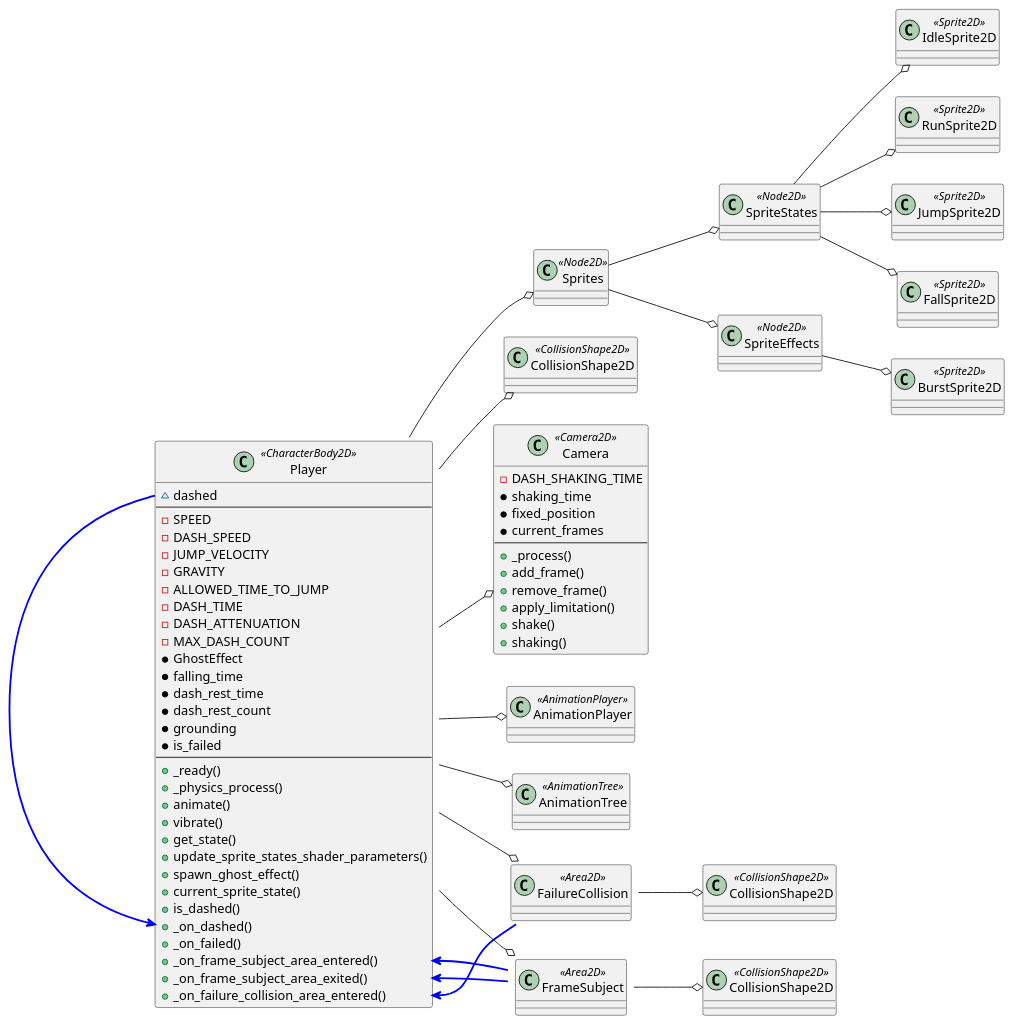
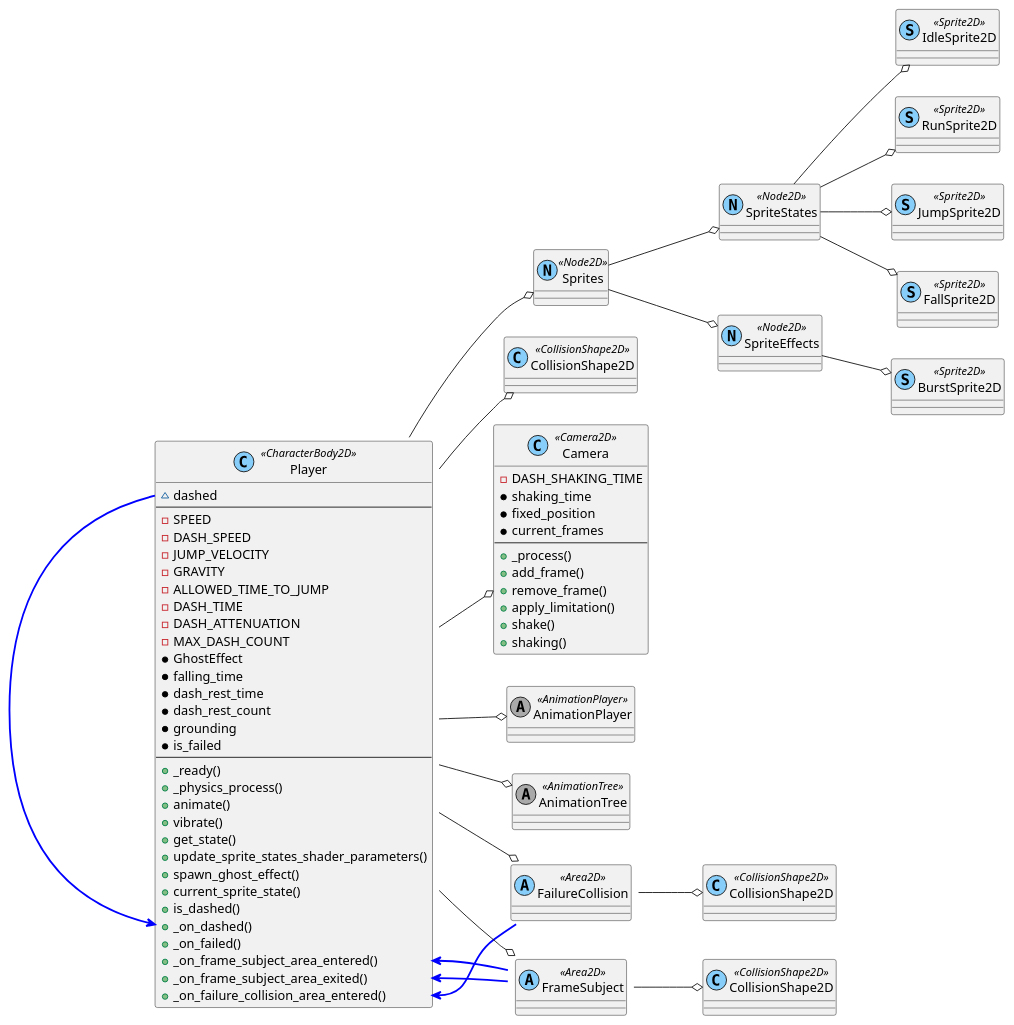
Before and after one commit to tkmfujise/Platformer-Game-Learning: the diagram in content/scenes/src/player/player.tscn.adoc, drawn with PlantUML. The commit also changed 69 other files, not shown here.

Commit message:
Change scene diagram class color

```diff
--- a/content/scenes/src/player/player.tscn.adoc
+++ b/content/scenes/src/player/player.tscn.adoc
@@ -9,6 +9,6 @@
 [plantuml]
 ....
-class ROOT as "Player" <<CharacterBody2D>> {
+class ROOT as "Player" <<(C,lightskyblue) CharacterBody2D>> {
   ~ dashed
 ---
   - SPEED
@@ -41,33 +41,33 @@
   + _on_frame_subject_area_exited()
   + _on_failure_collision_area_entered()
 }
-class Sprites as "Sprites" <<Node2D>> {
+class Sprites as "Sprites" <<(N,lightskyblue) Node2D>> {
 }
-class Sprites_SpriteStates as "SpriteStates" <<Node2D>> {
+class Sprites_SpriteStates as "SpriteStates" <<(N,lightskyblue) Node2D>> {
 }
-class Sprites_SpriteStates_IdleSprite2D as "IdleSprite2D" <<Sprite2D>> {
+class Sprites_SpriteStates_IdleSprite2D as "IdleSprite2D" <<(S,lightskyblue) Sprite2D>> {
 }
-class Sprites_SpriteStates_RunSprite2D as "RunSprite2D" <<Sprite2D>> {
+class Sprites_SpriteStates_RunSprite2D as "RunSprite2D" <<(S,lightskyblue) Sprite2D>> {
 }
-class Sprites_SpriteStates_JumpSprite2D as "JumpSprite2D" <<Sprite2D>> {
+class Sprites_SpriteStates_JumpSprite2D as "JumpSprite2D" <<(S,lightskyblue) Sprite2D>> {
 }
-class Sprites_SpriteStates_FallSprite2D as "FallSprite2D" <<Sprite2D>> {
+class Sprites_SpriteStates_FallSprite2D as "FallSprite2D" <<(S,lightskyblue) Sprite2D>> {
 }
-class Sprites_SpriteEffects as "SpriteEffects" <<Node2D>> {
+class Sprites_SpriteEffects as "SpriteEffects" <<(N,lightskyblue) Node2D>> {
 }
-class Sprites_SpriteEffects_BurstSprite2D as "BurstSprite2D" <<Sprite2D>> {
+class Sprites_SpriteEffects_BurstSprite2D as "BurstSprite2D" <<(S,lightskyblue) Sprite2D>> {
 }
-class CollisionShape2D as "CollisionShape2D" <<CollisionShape2D>> {
+class CollisionShape2D as "CollisionShape2D" <<(C,lightskyblue) CollisionShape2D>> {
 }
-class FailureCollision as "FailureCollision" <<Area2D>> {
+class FailureCollision as "FailureCollision" <<(A,lightskyblue) Area2D>> {
 }
-class FailureCollision_CollisionShape2D as "CollisionShape2D" <<CollisionShape2D>> {
+class FailureCollision_CollisionShape2D as "CollisionShape2D" <<(C,lightskyblue) CollisionShape2D>> {
 }
-class FrameSubject as "FrameSubject" <<Area2D>> {
+class FrameSubject as "FrameSubject" <<(A,lightskyblue) Area2D>> {
 }
-class FrameSubject_CollisionShape2D as "CollisionShape2D" <<CollisionShape2D>> {
+class FrameSubject_CollisionShape2D as "CollisionShape2D" <<(C,lightskyblue) CollisionShape2D>> {
 }
-class Camera as "Camera" <<Camera2D>> {
+class Camera as "Camera" <<(C,lightskyblue) Camera2D>> {
   - DASH_SHAKING_TIME
   * shaking_time
   * fixed_position
@@ -80,9 +80,9 @@
   + shake()
   + shaking()
 }
-class AnimationPlayer as "AnimationPlayer" <<AnimationPlayer>> {
+class AnimationPlayer as "AnimationPlayer" <<(A,darkgray) AnimationPlayer>> {
 }
-class AnimationTree as "AnimationTree" <<AnimationTree>> {
+class AnimationTree as "AnimationTree" <<(A,darkgray) AnimationTree>> {
 }
 ROOT --o Sprites
 ROOT --o CollisionShape2D
```
